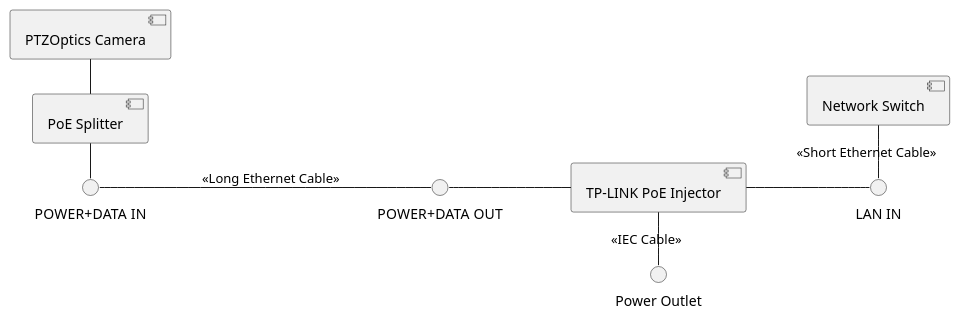
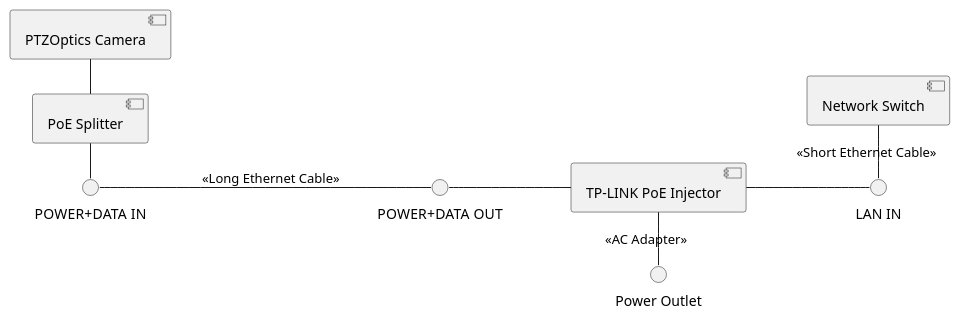
Before and after one commit to socallinuxexpo/scale-av-web: the diagram in user_manual/assets/poe_injector_ptzoptics.puml, drawn with PlantUML. The commit also changed 2 other files, not shown here.

```diff
--- a/user_manual/assets/poe_injector_ptzoptics.puml
+++ b/user_manual/assets/poe_injector_ptzoptics.puml
@@ -1,20 +1,20 @@
 @startuml
 left to right direction
 skinparam packageStyle rectangle
 [PTZOptics Camera] as cam
 [TP-LINK PoE Injector] as injector
 [Network Switch] as NS
 [PoE Splitter] as splitter
 interface "LAN IN" as injectorIN
 interface "POWER+DATA OUT" as injectorOUT
 interface "POWER+DATA IN" as splitterIN
 interface "Power Outlet" as PO
 
 cam - splitter
 splitter - splitterIN
 splitterIN -- injectorOUT: <<Long Ethernet Cable>>
 injectorOUT -- injector
-injector - PO: <<IEC Cable>>
+injector - PO: <<AC Adapter>>
 injector -- injectorIN
 NS - injectorIN: <<Short Ethernet Cable>>
 @enduml
```
